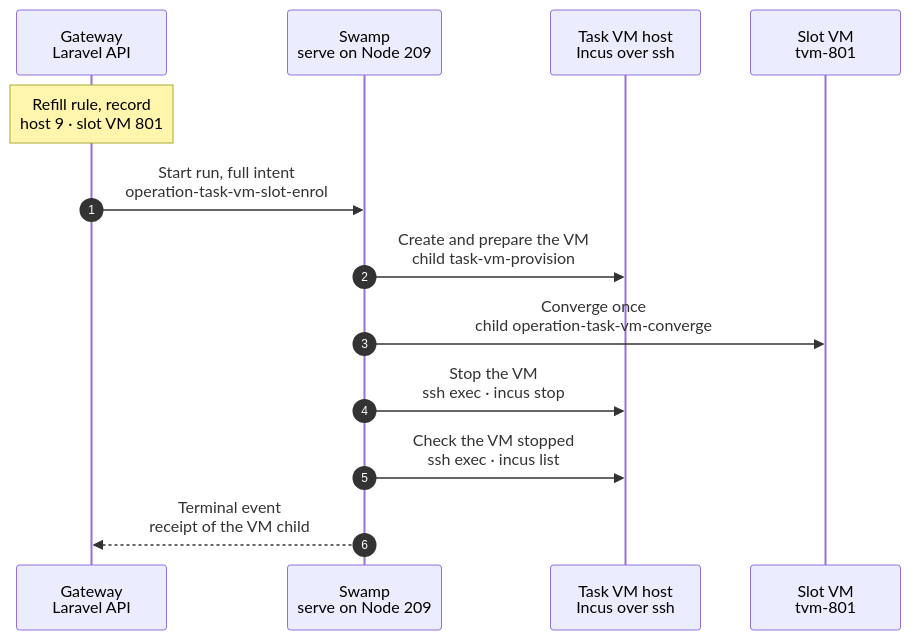
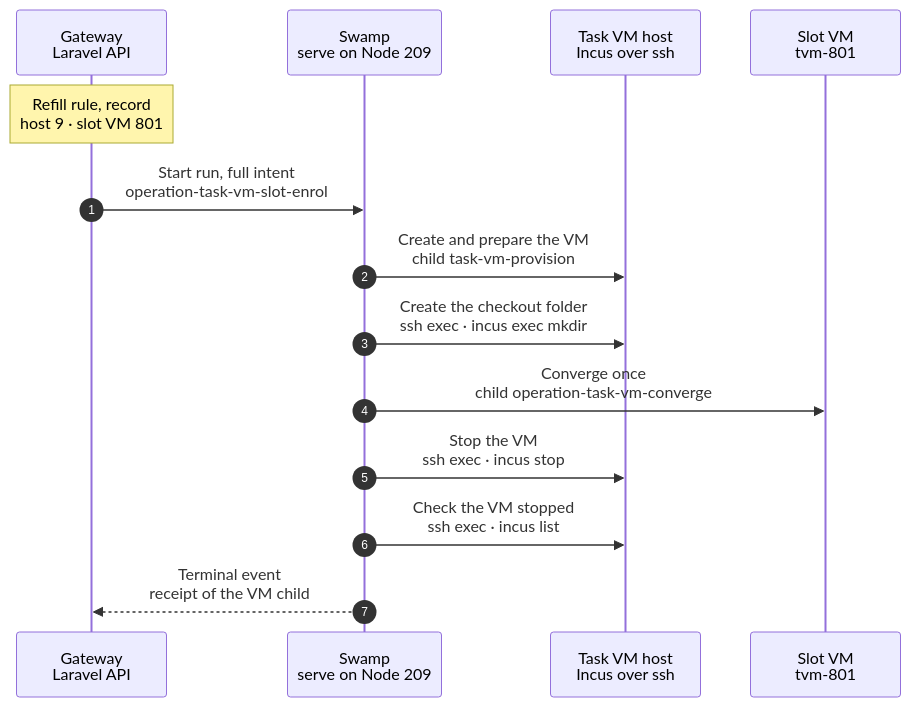
One commit to hardimpactdev/orbit changed the diagram in docs/cli/tasks/vm-slot-enrol.mmd. Above: the diagram before and after it, drawn with Mermaid. The commit also changed 1 other file, not shown here.

Commit message:
fix(task-vms): create the checkout folder before the slot converge exports it
Enrol 11927 failed at Install the tools: exportfs could not stat the Project checkout
path, which only the claim fills. The enrol now creates the empty folder as orbit.

```diff
--- a/docs/cli/tasks/vm-slot-enrol.mmd
+++ b/docs/cli/tasks/vm-slot-enrol.mmd
@@ -1,42 +1,45 @@
 sequenceDiagram
   %% Target design: swamp/workflows/workflow-operation-task-vm-slot-enrol.yaml. One ready slot of chart `task_vm.slots` (vm-slots.mmd): the VM child of tasks:provision, the converge, a stop. Decided by the orchestrator, for Nick's review (2026-11-06).
   %% status: draft
   %% command: none · the slot refill rule starts it
   %% kind: task_vm.slot_enrol
   autonumber
   %% lane GW icon=gateway pill=intent tone=blue
   %% lane SW icon=workflow pill=executes tone=green
   %% lane H icon=server pill=target tone=amber
   %% lane VM icon=server pill=target tone=purple
   participant GW as Gateway<br/>Laravel API
   participant SW as Swamp<br/>serve on Node 209
   participant H as Task VM host<br/>Incus over ssh
   participant VM as Slot VM<br/>tvm-801
   Note over GW: Refill rule, record<br/>host 9 · slot VM 801
   %%> Started by:
   %%> - the refill rule of the host, after an enrol, a claim, a destroy, an image promotion or a change of `task_vms.slots`
   %%> - the operator command `task-vms:fill-slots HOST` on the Gateway
   %%> Requirements:
   %%> - the host has `task_vms.slots`, a promoted image and capacity for a VM of the slot size
   %%> - no slot of the host enrols or is destroyed, and no enrol of the host failed in the last 15 minutes
   %%> Result:
   %%> - a task VM row with no group, `slot_project_id` and the host's last promoted image; its guest Node and Pi Process
   %%> - the converge intent with the NFS export of the Project's checkout path
   GW->>SW: Start run, full intent<br/>operation-task-vm-slot-enrol
   %%> Inputs:
   %%> - the provision intent, the converge intent and `execution_secrets` as vault key names
   SW->>H: Create and prepare the VM<br/>child task-vm-provision
   %%> What it does:
   %%> - today's VM child of tasks:provision: clone the image, attach a clone of the host's topology seed, boot, enrol, model key, Pi
+  SW->>H: Create the checkout folder<br/>ssh exec · incus exec mkdir
+  %%> What it does:
+  %%> - creates the Project's empty checkout folder as `orbit`; the converge exports it, and the claim's workspace step fills it
   SW->>VM: Converge once<br/>child operation-task-vm-converge
   %%> What it does:
   %%> - the task VM role phases: nested Incus with the seed pool, the nested network, the NFS export of the checkout path
   SW->>H: Stop the VM<br/>ssh exec · incus stop
   %%> How:
   %%> - `sudo timeout 130 incus stop --project orbit-tasks --timeout 120 -- tvm-801`; a VM that is already stopped counts as stopped
   SW->>H: Check the VM stopped<br/>ssh exec · incus list
   SW-->>GW: Terminal event<br/>receipt of the VM child
   %%> Result:
   %%> - success: the Gateway records the enrolment as for any task VM, then the row is `parked` with no group: a ready slot
   %%> - failure: the row is `failed`; the refill rule destroys it with today's destroy
   %%> - either way, the Gateway runs the refill rule of the host again
```
